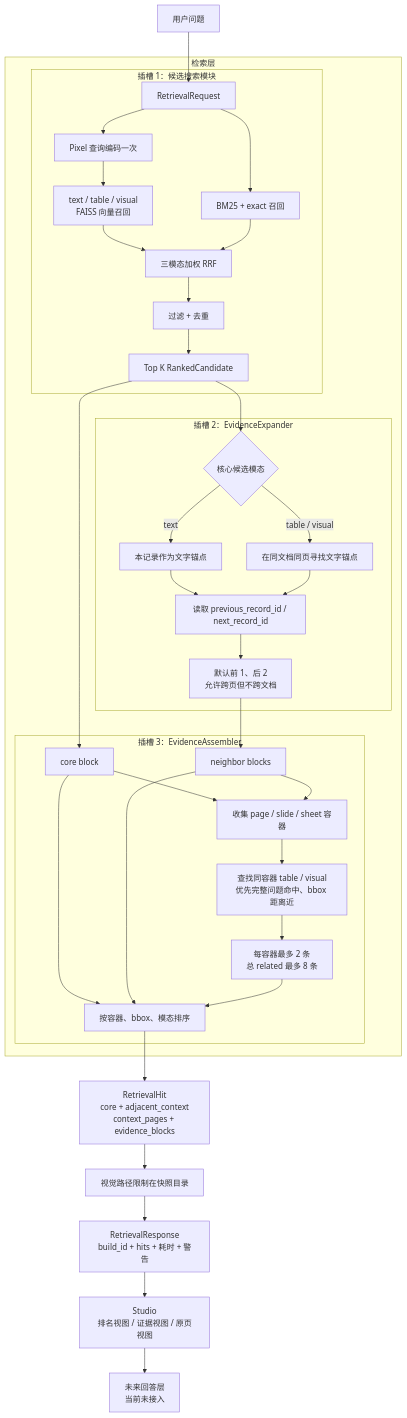
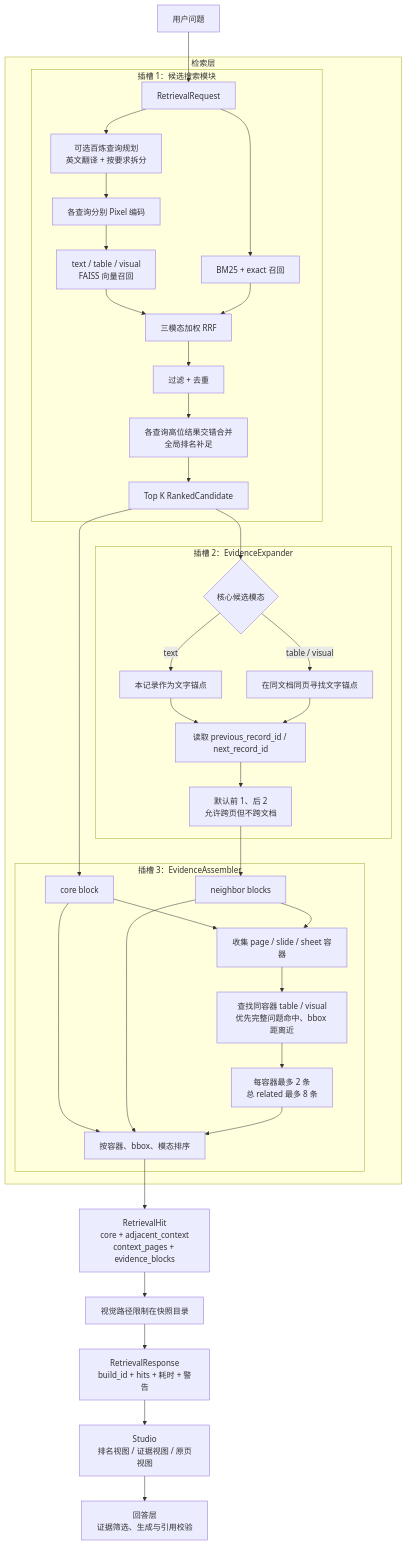
One commit to xyf966/RAG-PIXEL changed the diagram in 检索层测试结果/检索层方法与测试总览_20260826.md. Above: the diagram before and after it, drawn with Mermaid. The commit also changed other lines of this file and 12 other files, not shown here.

````diff
--- a/检索层测试结果/检索层方法与测试总览_20260826.md
+++ b/检索层测试结果/检索层方法与测试总览_20260826.md
@@ -23,44 +24,46 @@
 ```mermaid
 flowchart TD
     USER["用户问题"] --> REQ["RetrievalRequest"]
 
     subgraph RETRIEVAL["检索层"]
         subgraph CANDIDATE["插槽 1：候选搜索模块"]
-            REQ --> QUERY["Pixel 查询编码一次"]
+            REQ --> PLAN["可选百炼查询规划<br/>英文翻译 + 按要求拆分"]
+            PLAN --> QUERY["各查询分别 Pixel 编码"]
             QUERY --> VECTOR["text / table / visual<br/>FAISS 向量召回"]
             REQ --> KEYWORD["BM25 + exact 召回"]
             VECTOR --> FUSION["三模态加权 RRF"]
             KEYWORD --> FUSION
             FUSION --> DEDUP["过滤 + 去重"]
-            DEDUP --> TOPK["Top K RankedCandidate"]
+            DEDUP --> COVERAGE["各查询高位结果交错合并<br/>全局排名补足"]
+            COVERAGE --> TOPK["Top K RankedCandidate"]
         end
 
     subgraph EXPAND["插槽 2：EvidenceExpander"]
         TOPK --> ANCHOR{"核心候选模态"}
         ANCHOR -->|text| SELF["本记录作为文字锚点"]
         ANCHOR -->|table / visual| PAGE["在同文档同页寻找文字锚点"]
         SELF --> LINKS["读取 previous_record_id / next_record_id"]
         PAGE --> LINKS
         LINKS --> WINDOW["默认前 1、后 2<br/>允许跨页但不跨文档"]
     end
 
     subgraph ASSEMBLE["插槽 3：EvidenceAssembler"]
         TOPK --> CORE["core block"]
         WINDOW --> NEIGHBOR["neighbor blocks"]
         CORE --> CONTAINER["收集 page / slide / sheet 容器"]
         NEIGHBOR --> CONTAINER
         CONTAINER --> RELATED["查找同容器 table / visual<br/>优先完整问题命中、bbox 距离近"]
         RELATED --> LIMIT["每容器最多 2 条<br/>总 related 最多 8 条"]
         CORE --> ORDER["按容器、bbox、模态排序"]
         NEIGHBOR --> ORDER
         LIMIT --> ORDER
     end
 
     end
 
     ORDER --> HIT["RetrievalHit<br/>core + adjacent_context<br/>context_pages + evidence_blocks"]
     HIT --> SAFE["视觉路径限制在快照目录"]
     SAFE --> RESPONSE["RetrievalResponse<br/>build_id + hits + 耗时 + 警告"]
     RESPONSE --> STUDIO["Studio<br/>排名视图 / 证据视图 / 原页视图"]
-    STUDIO --> FUTURE["未来回答层<br/>当前未接入"]
+    STUDIO --> ANSWER["回答层<br/>证据筛选、生成与引用校验"]
 ```
````
